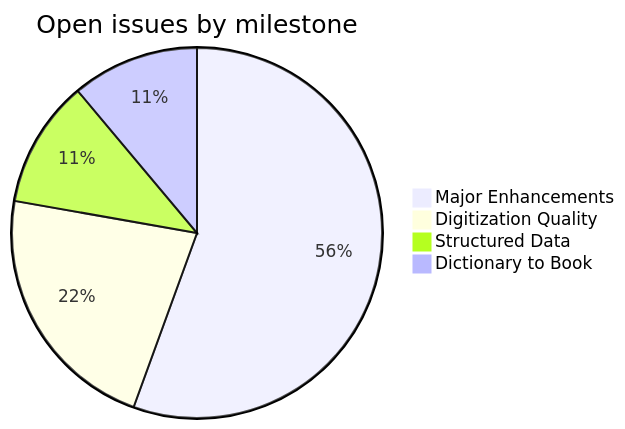
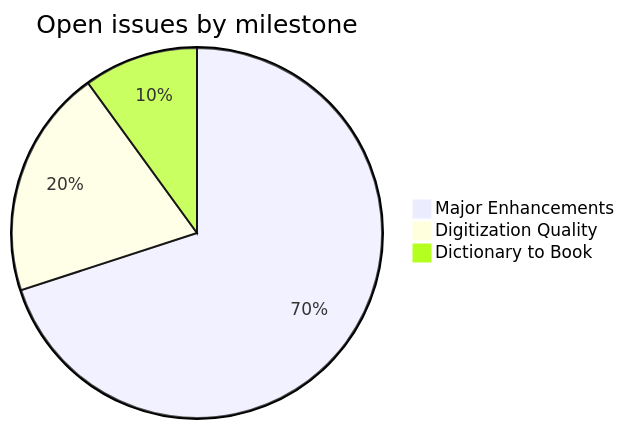
Before and after one commit to sanskrit-lexicon/GRA: the second of 3 diagrams in README.md, drawn with Mermaid. The commit also changed other lines of this file, not shown here.

````diff
--- a/README.md
+++ b/README.md
@@ -82,7 +88,6 @@
 ```mermaid
 pie title Open issues by milestone
-    "Major Enhancements" : 5
+    "Major Enhancements" : 7
     "Digitization Quality" : 2
-    "Structured Data" : 1
     "Dictionary to Book" : 1
 ```
````
